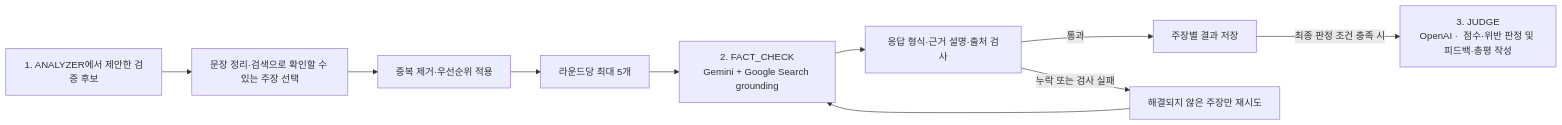
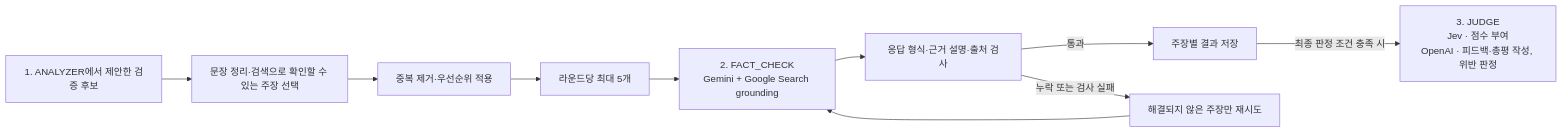
One commit to org-heimdall/heimdall-backend changed the fourth of 4 diagrams in README.md. Above: the diagram before and after it, drawn with Mermaid. The commit also changed other lines of this file, not shown here.

Commit message:
docs: README.md 수정(#65)

````diff
--- a/README.md
+++ b/README.md
@@ -154,12 +154,12 @@
 ```mermaid
 flowchart LR
-    Candidate["1. ANALYZER에서 제안한 검증 후보"] --> Screen[문장 정리·검색으로 확인할 수 있는 주장 선택]
-    Screen --> Dedup[중복 제거·우선순위 적용]
-    Dedup --> Batch[라운드당 최대 5개]
-    Batch --> Search["2. FACT_CHECK<br/>Gemini + Google Search grounding"]
-    Search --> Validate[응답 형식·근거 설명·출처 검사]
-    Validate -->|통과| Save[주장별 결과 저장]
-    Validate -->|누락 또는 검사 실패| Retry[해결되지 않은 주장만 재시도]
-    Retry --> Search
-    Save -->|최종 판정 조건 충족 시| Judge["3. JUDGE<br/>OpenAI ·  점수·위반 판정 및 피드백·총평 작성"]
+  Candidate["1. ANALYZER에서 제안한 검증 후보"] --> Screen[문장 정리·검색으로 확인할 수 있는 주장 선택]
+Screen --> Dedup[중복 제거·우선순위 적용]
+Dedup --> Batch[라운드당 최대 5개]
+Batch --> Search["2. FACT_CHECK<br/>Gemini + Google Search grounding"]
+Search --> Validate[응답 형식·근거 설명·출처 검사]
+Validate -->|통과| Save[주장별 결과 저장]
+Validate -->|누락 또는 검사 실패| Retry[해결되지 않은 주장만 재시도]
+Retry --> Search
+Save -->|최종 판정 조건 충족 시| Judge["3. JUDGE<br/>Jev · 점수 부여<br/>OpenAI · 피드백·총평 작성, 위반 판정"]
 ```
````
